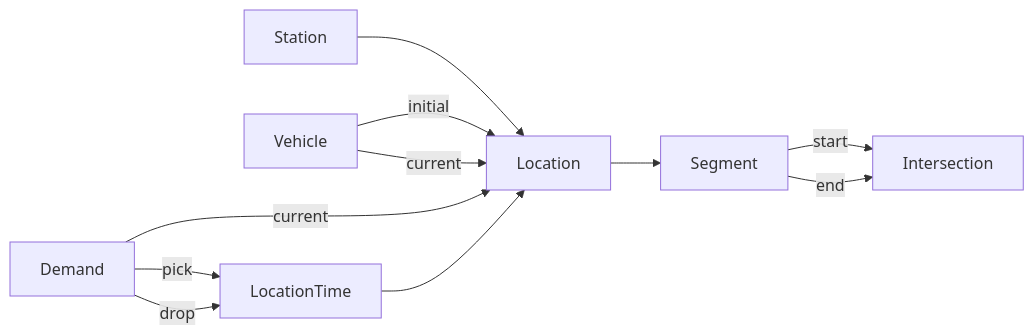
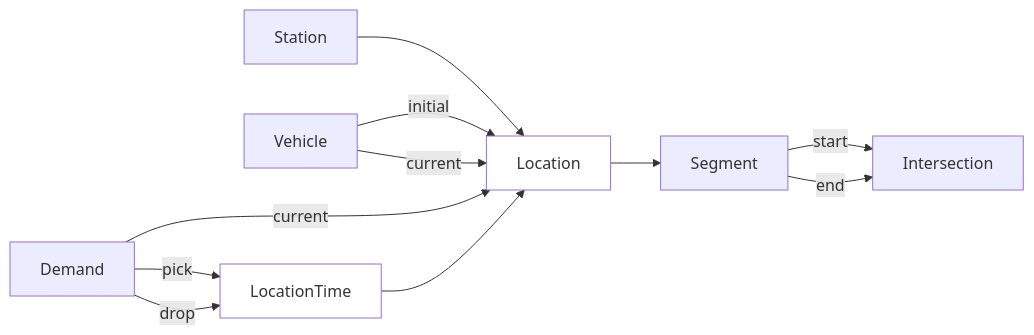
One commit to ghackenberg/Transport-IDE changed the first of 2 diagrams in README.md. Above: the diagram before and after it, drawn with Mermaid.

Commit message:
minor style improvement

````diff
--- a/README.md
+++ b/README.md
@@ -45,13 +45,16 @@
 ```mermaid
 flowchart LR
   Station --> Location
   Vehicle --initial--> Location
   Vehicle --current--> Location
   Demand --pick--> LocationTime
   Demand --drop--> LocationTime
   Demand --current--> Location
   LocationTime --> Location
   Location --> Segment
   Segment --start--> Intersection
   Segment --end--> Intersection
+
+  style Location fill:white
+  style LocationTime fill:white
 ```
````
